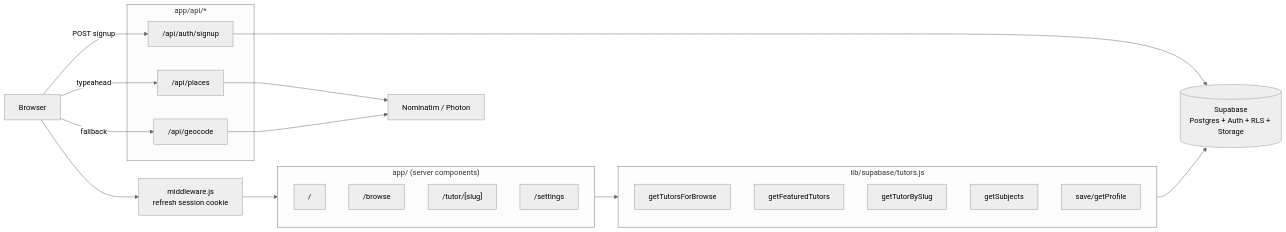
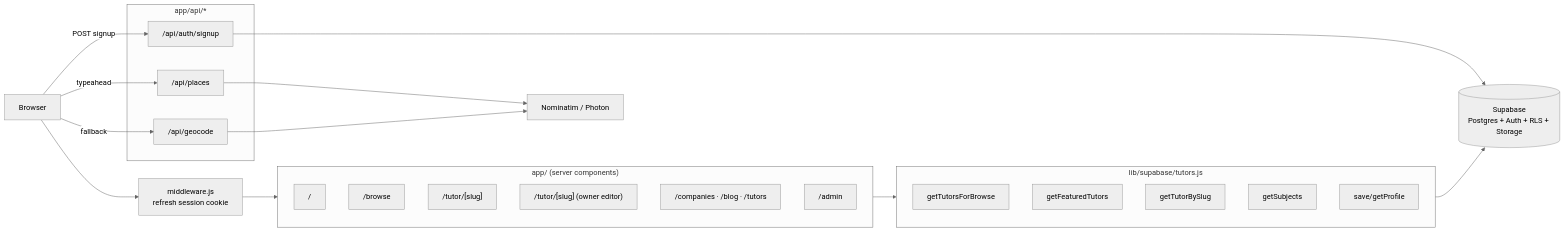
One commit to Art4v/tutor-match changed the first of 7 diagrams in README.md. Above: the diagram before and after it, drawn with Mermaid (neutral theme). The commit also changed other lines of this file and 12 other files, not shown here.

````diff
--- a/README.md
+++ b/README.md
@@ -29,35 +32,37 @@
 ```mermaid
 graph LR
     Browser["Browser"]
     MW["middleware.js<br/>refresh session cookie"]
 
     subgraph Pages["app/ (server components)"]
         Home["/"]
         Browse["/browse"]
         Profile["/tutor/[slug]"]
-        Settings["/settings"]
+        Settings["/tutor/[slug] (owner editor)"]
+        Companies["/companies · /blog · /tutors"]
+        Admin["/admin"]
     end
 
     subgraph Helpers["lib/supabase/tutors.js"]
         H1["getTutorsForBrowse"]
         H2["getFeaturedTutors"]
         H3["getTutorBySlug"]
         H4["getSubjects"]
         H5["save/getProfile"]
     end
 
     subgraph API["app/api/*"]
         Places["/api/places"]
         Geocode["/api/geocode"]
         Signup["/api/auth/signup"]
     end
 
     Supabase[("Supabase<br/>Postgres + Auth + RLS + Storage")]
     Geo["Nominatim / Photon"]
 
     Browser --> MW --> Pages
     Pages --> Helpers --> Supabase
     Browser -->|typeahead| Places --> Geo
     Browser -->|fallback| Geocode --> Geo
     Browser -->|POST signup| Signup --> Supabase
 ```
````
